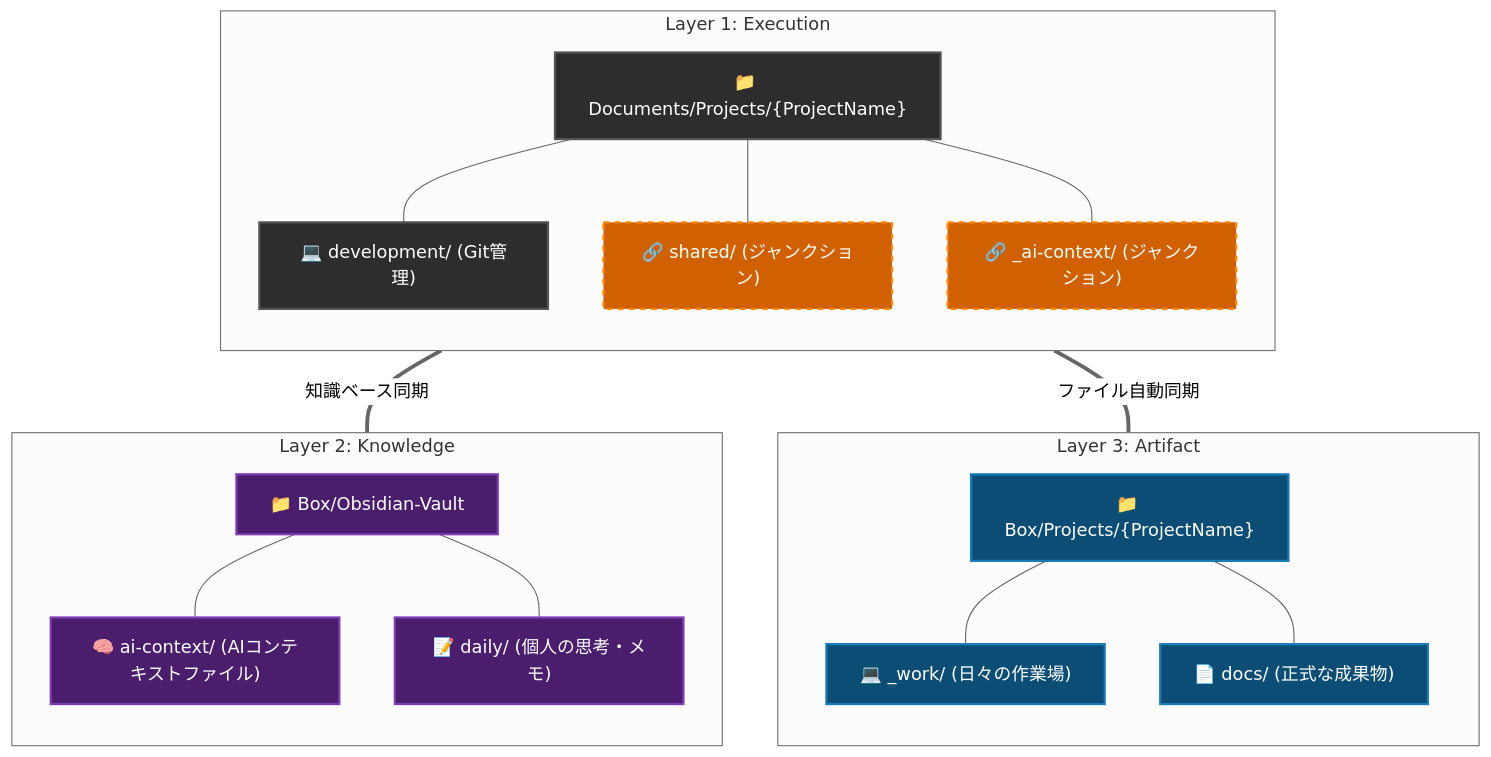
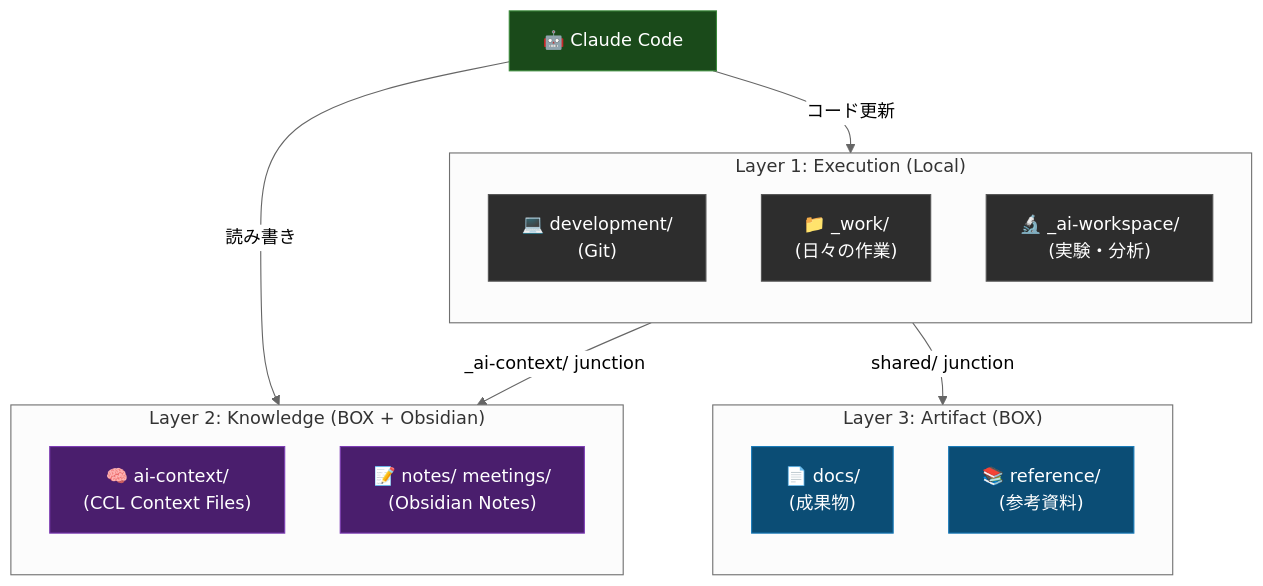
Before and after one commit to yt3trees/ai-collab-folder-structure: the diagram in README-ja.md, drawn with Mermaid (neutral theme). The commit also changed other lines of this file and 1 other file, not shown here.

````diff
--- a/README-ja.md
+++ b/README-ja.md
@@ -22,46 +8,33 @@
 ```mermaid
 flowchart TD
-    %% Define styles
-    classDef local fill:#2d2d2d,stroke:#555,stroke-width:2px,color:#fff
-    classDef box fill:#0b4d75,stroke:#1a7BB9,stroke-width:2px,color:#fff
-    classDef obs fill:#4a1e6d,stroke:#7D3CB5,stroke-width:2px,color:#fff
-    classDef junction fill:#d06000,stroke:#ff8800,stroke-width:2px,stroke-dasharray: 5 5,color:#fff
+    classDef local fill:#2d2d2d,stroke:#555,color:#fff
+    classDef box fill:#0b4d75,stroke:#1a7bb9,color:#fff
+    classDef obs fill:#4a1e6d,stroke:#7d3cb5,color:#fff
+    classDef ai fill:#1a4a1a,stroke:#3a8a3a,color:#fff
 
-    subgraph L1 ["Layer 1: Execution"]
+    subgraph L1["Layer 1: Execution (Local)"]
         direction TB
-        LocalProj["📁 Documents/Projects/{ProjectName}"]:::local
-        Dev["💻 development/ (Git管理)"]:::local
-        
-        %% Junctions
-        JuncShared["🔗 shared/ (ジャンクション)"]:::junction
-        JuncCtx["🔗 _ai-context/ (ジャンクション)"]:::junction
-        
-        LocalProj --- Dev
-        LocalProj --- JuncShared
-        LocalProj --- JuncCtx
+        Dev["💻 development/\n(Git)"]:::local
+        Work["📁 _work/\n(日々の作業)"]:::local
+        AIW["🔬 _ai-workspace/\n(実験・分析)"]:::local
     end
 
-    subgraph L3 ["Layer 3: Artifact"]
+    subgraph L3["Layer 3: Artifact (BOX)"]
         direction TB
-        BoxProj["📁 Box/Projects/{ProjectName}"]:::box
-        Work["💻 _work/ (日々の作業場)"]:::box
-        Docs["📄 docs/ (正式な成果物)"]:::box
-        
-        BoxProj --- Work
-        BoxProj --- Docs
+        Docs["📄 docs/\n(成果物)"]:::box
+        Ref["📚 reference/\n(参考資料)"]:::box
     end
 
-    subgraph L2 ["Layer 2: Knowledge"]
+    subgraph L2["Layer 2: Knowledge (BOX + Obsidian)"]
         direction TB
-        ObsVault["📁 Box/Obsidian-Vault"]:::obs
-        AiCtx["🧠 ai-context/ (AIコンテキストファイル)"]:::obs
-        Daily["📝 daily/ (個人の思考・メモ)"]:::obs
-        
-        ObsVault --- AiCtx
-        ObsVault --- Daily
+        CCL["🧠 ai-context/\n(CCL Context Files)"]:::obs
+        Notes["📝 notes/ meetings/\n(Obsidian Notes)"]:::obs
     end
 
-    %% Links
-    JuncShared == ファイル自動同期 === BoxProj
-    JuncCtx == 知識ベース同期 === ObsVault
+    Claude["🤖 Claude Code"]:::ai
+
+    L1 -- "shared/ junction" --> L3
+    L1 -- "_ai-context/ junction" --> L2
+    Claude -- "読み書き" --> L2
+    Claude -- "コード更新" --> L1
 ```
````
